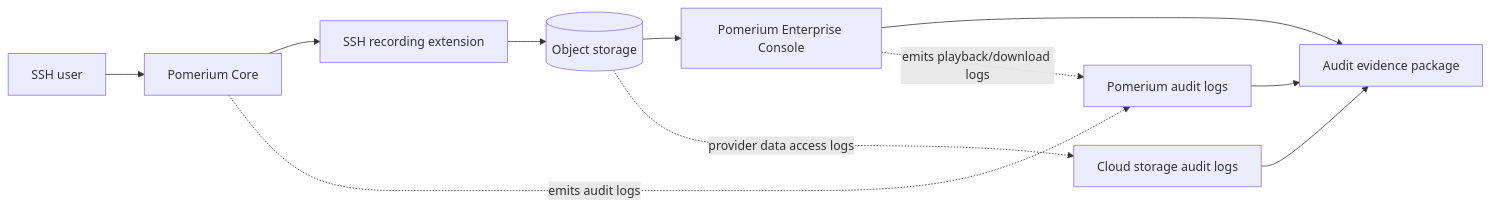
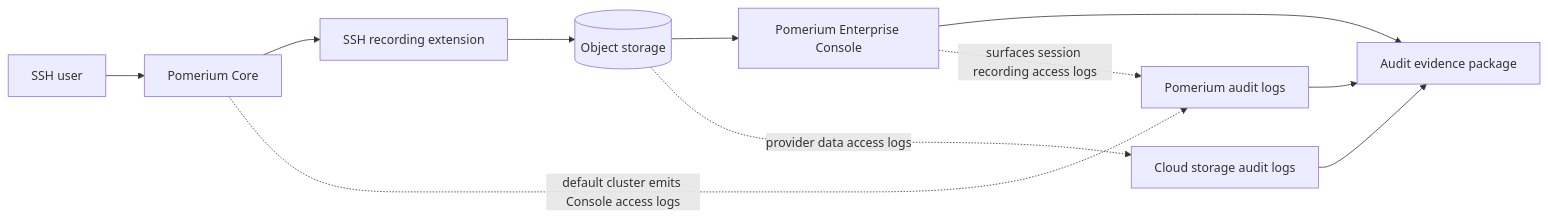
The diagram in content/docs/capabilities/session-recording-compliance.mdx (pomerium/documentation), drawn with Mermaid before and after one commit. The commit also changed other lines of this file, not shown here.

Commit message:
docs: address follow-up review on session recording compliance guide
- Remove the HEAD/existence-check blurbs entirely (steps 2 and 4) per
  review -- they added unrelated context to the correlation guidance.
- Refine evidence-flow diagram: the default Core cluster emits Console
  access audit logs, and the Console surfaces session-recording access
  logs, rather than a generic 'emits audit logs' edge.

Addresses alexandreLamarre follow-up comments on #2226.

````diff
--- a/content/docs/capabilities/session-recording-compliance.mdx
+++ b/content/docs/capabilities/session-recording-compliance.mdx
@@ -77,14 +77,14 @@
 ```mermaid
 flowchart LR
   User[SSH user] --> Core[Pomerium Core]
   Core --> Extension[SSH recording extension]
   Extension --> Store[(Object storage)]
   Store --> Console[Pomerium Enterprise Console]
   Console --> Auditor[Audit evidence package]
 
-  Core -. emits audit logs .-> Audit[Pomerium audit logs]
-  Console -. emits playback/download logs .-> Audit
+  Core -. default cluster emits Console access logs .-> Audit[Pomerium audit logs]
+  Console -. surfaces session recording access logs .-> Audit
   Store -. provider data access logs .-> CloudLogs[Cloud storage audit logs]
   Audit --> Auditor
   CloudLogs --> Auditor
 ```
````
